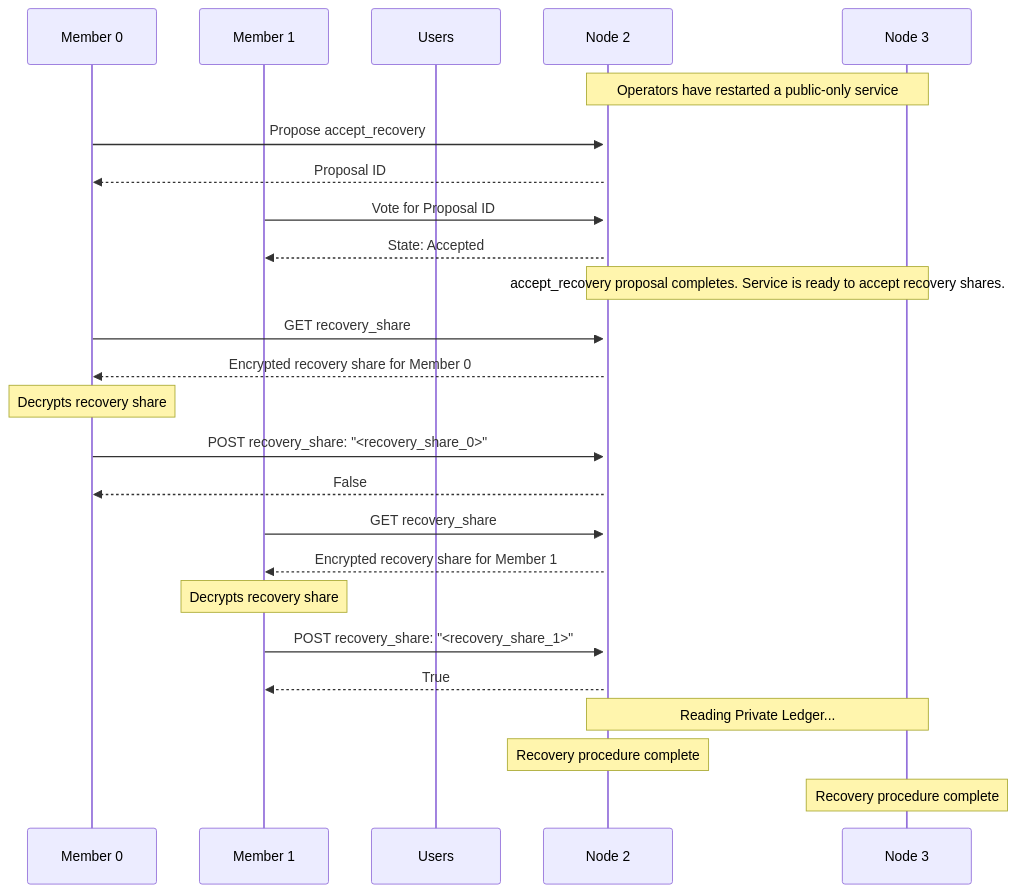
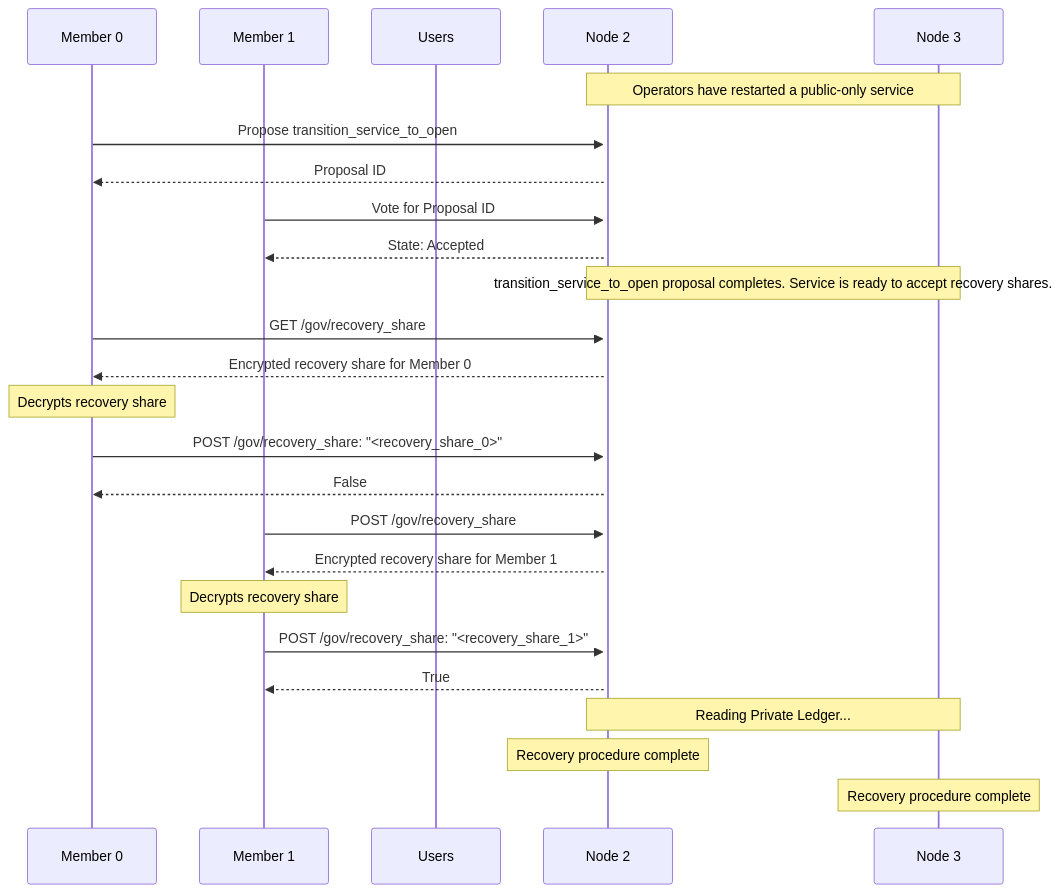
One commit to microsoft/CCF changed the diagram in doc/governance/accept_recovery.rst. Above: the diagram before and after it, drawn with Mermaid. The commit also changed other lines of this file and 2 other files, not shown here.

Commit message:
Better operator docs

```diff
--- a/doc/governance/accept_recovery.rst
+++ b/doc/governance/accept_recovery.rst
@@ -91,33 +91,33 @@
 .. mermaid::
 
     sequenceDiagram
         participant Member 0
         participant Member 1
         participant Users
         participant Node 2
         participant Node 3
 
         Note over Node 2, Node 3: Operators have restarted a public-only service
 
-        Member 0->>+Node 2: Propose accept_recovery
+        Member 0->>+Node 2: Propose transition_service_to_open
         Node 2-->>Member 0: Proposal ID
         Member 1->>+Node 2: Vote for Proposal ID
         Node 2-->>Member 1: State: Accepted
-        Note over Node 2, Node 3: accept_recovery proposal completes. Service is ready to accept recovery shares.
+        Note over Node 2, Node 3: transition_service_to_open proposal completes. Service is ready to accept recovery shares.
 
-        Member 0->>+Node 2: GET recovery_share
+        Member 0->>+Node 2: GET /gov/recovery_share
         Node 2-->>Member 0: Encrypted recovery share for Member 0
         Note over Member 0: Decrypts recovery share
-        Member 0->>+Node 2: POST recovery_share: "<recovery_share_0>"
+        Member 0->>+Node 2: POST /gov/recovery_share: "<recovery_share_0>"
         Node 2-->>Member 0: False
 
-        Member 1->>+Node 2: GET recovery_share
+        Member 1->>+Node 2: POST /gov/recovery_share
         Node 2-->>Member 1: Encrypted recovery share for Member 1
         Note over Member 1: Decrypts recovery share
-        Member 1->>+Node 2: POST recovery_share: "<recovery_share_1>"
+        Member 1->>+Node 2: POST /gov/recovery_share: "<recovery_share_1>"
         Node 2-->>Member 1: True
 
         Note over Node 2, Node 3: Reading Private Ledger...
 
         Note over Node 2: Recovery procedure complete
         Note over Node 3: Recovery procedure complete
```
